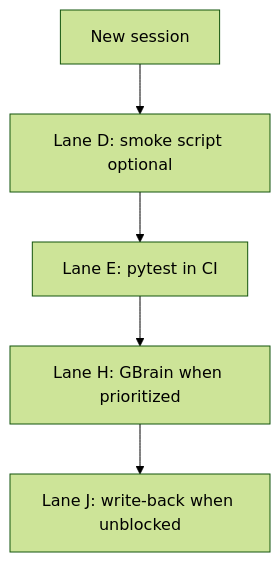
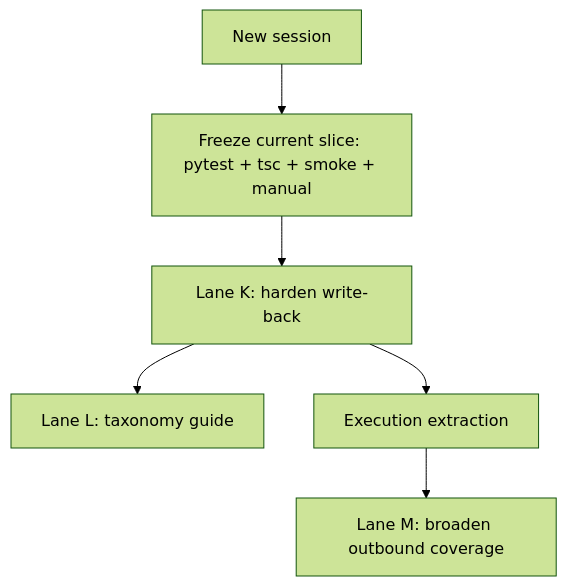
The diagram in docs/planning/next_session_handoff.md (mbiv33/FlavorOS_1.5), drawn with Mermaid (forest theme) before and after one commit. The commit also changed other lines of this file and 24 other files, not shown here.

First line of the commit message:
Add approval-gated communications outbound write-back (Lane J).

````diff
--- a/docs/planning/next_session_handoff.md
+++ b/docs/planning/next_session_handoff.md
@@ -109,13 +166,15 @@
 ```mermaid
 flowchart TD
   start[New session]
-  smoke[Lane D: smoke script optional]
-  ci[Lane E: pytest in CI]
-  gbrain[Lane H: GBrain when prioritized]
-  writeback[Lane J: write-back when unblocked]
+  verify[Freeze current slice: pytest + tsc + smoke + manual]
+  harden[Lane K: harden write-back]
+  taxonomy[Lane L: taxonomy guide]
+  runtime[Execution extraction]
+  expand[Lane M: broaden outbound coverage]
 
-  start --> smoke
-  smoke --> ci
-  ci --> gbrain
-  gbrain --> writeback
+  start --> verify
+  verify --> harden
+  harden --> taxonomy
+  harden --> runtime
+  runtime --> expand
 ```
````
